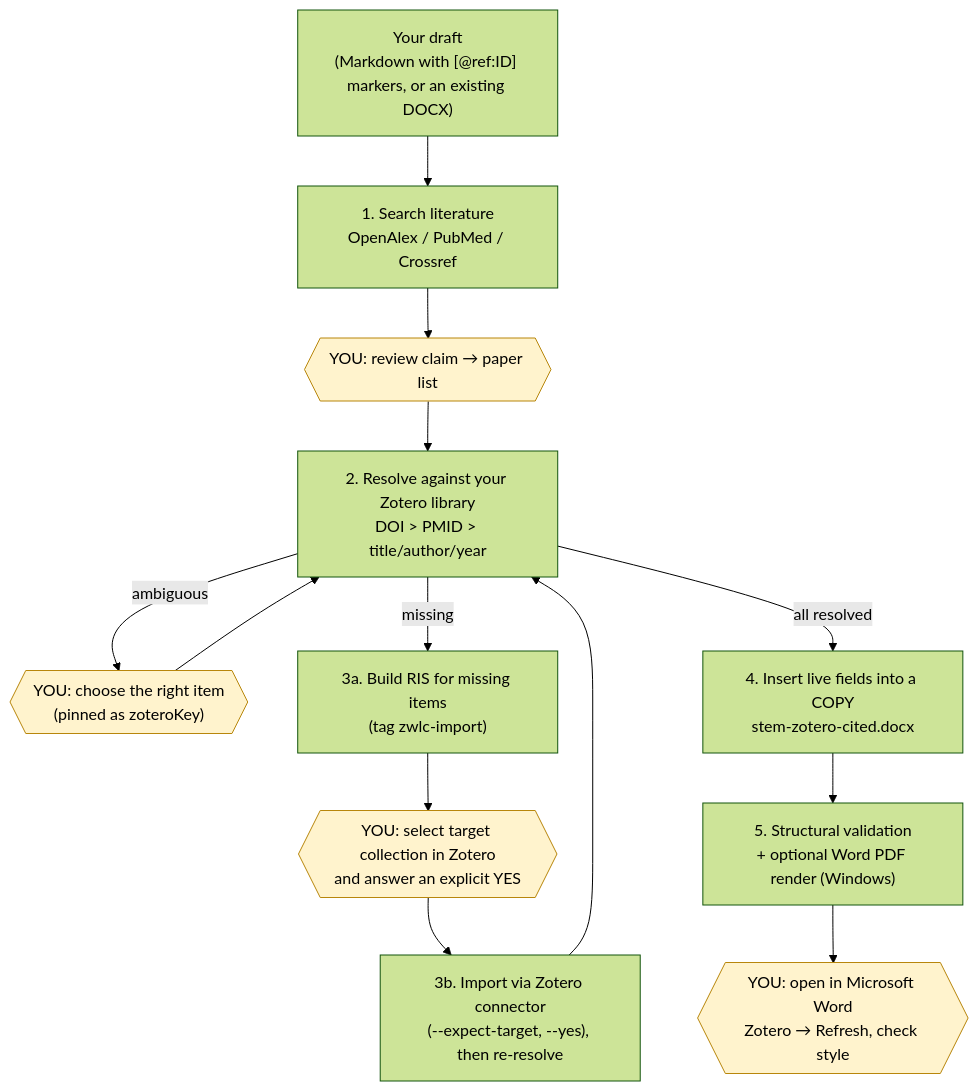
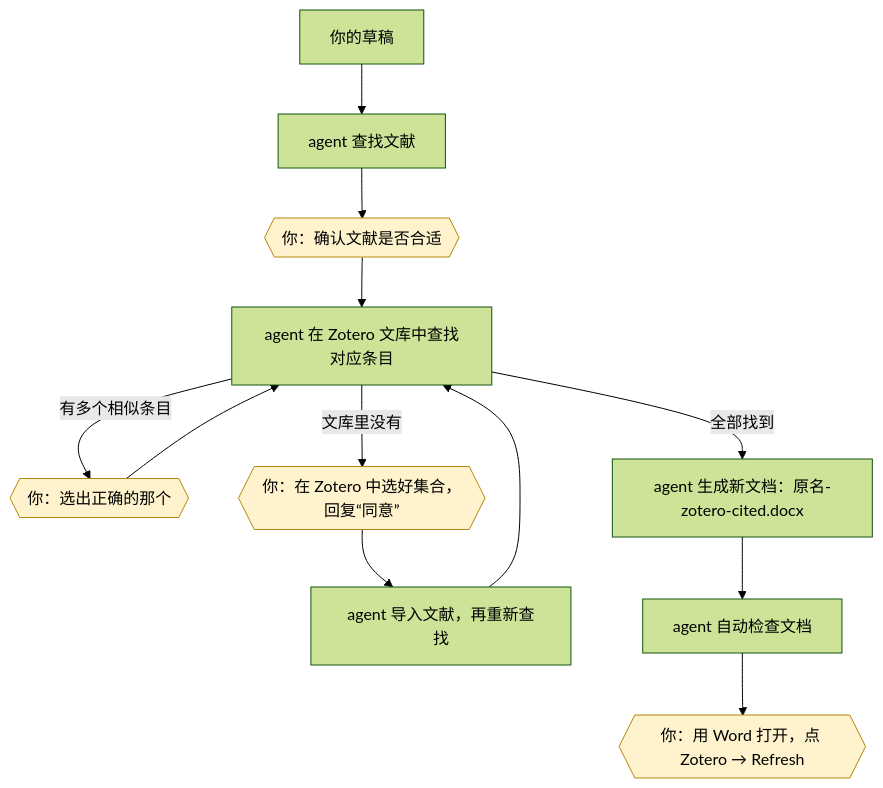
Before and after one commit to milletvhyidavis/zotero-word-citation-for-codex-claude: the diagram in README.md, drawn with Mermaid (forest theme). The commit also changed other lines of this file and 18 other files, not shown here.

````diff
--- a/README.md
+++ b/README.md
@@ -29,18 +161,17 @@
 ```mermaid
 flowchart TD
-    A["Your draft<br/>(Markdown with [@ref:ID] markers, or an existing DOCX)"] --> B["1. Search literature<br/>OpenAlex / PubMed / Crossref"]
-    B --> H1{{"YOU: review claim → paper list"}}
-    H1 --> C["2. Resolve against your Zotero library<br/>DOI > PMID > title/author/year"]
-    C -->|ambiguous| H2{{"YOU: choose the right item<br/>(pinned as zoteroKey)"}}
+    A["你的草稿"] --> B["agent 查找文献"]
+    B --> H1{{"你：确认文献是否合适"}}
+    H1 --> C["agent 在 Zotero 文库中查找对应条目"]
+    C -->|有多个相似条目| H2{{"你：选出正确的那个"}}
     H2 --> C
-    C -->|missing| D["3a. Build RIS for missing items<br/>(tag zwlc-import)"]
-    D --> H3{{"YOU: select target collection in Zotero<br/>and answer an explicit YES"}}
-    H3 --> E["3b. Import via Zotero connector<br/>(--expect-target, --yes), then re-resolve"]
+    C -->|文库里没有| H3{{"你：在 Zotero 中选好集合，回复“同意”"}}
+    H3 --> E["agent 导入文献，再重新查找"]
     E --> C
-    C -->|all resolved| F["4. Insert live fields into a COPY<br/>stem-zotero-cited.docx"]
-    F --> G["5. Structural validation<br/>+ optional Word PDF render (Windows)"]
-    G --> H4{{"YOU: open in Microsoft Word<br/>Zotero → Refresh, check style"}}
+    C -->|全部找到| F["agent 生成新文档：原名-zotero-cited.docx"]
+    F --> G["agent 自动检查文档"]
+    G --> H4{{"你：用 Word 打开，点 Zotero → Refresh"}}
 
     classDef human fill:#fff3cd,stroke:#b8860b,color:#000;
     class H1,H2,H3,H4 human;
 ```
````
